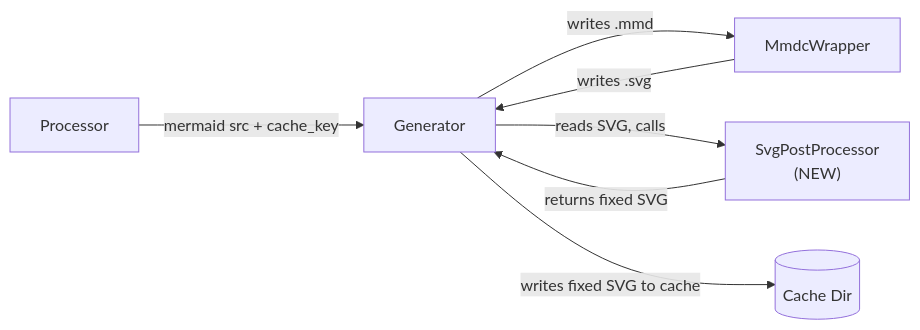
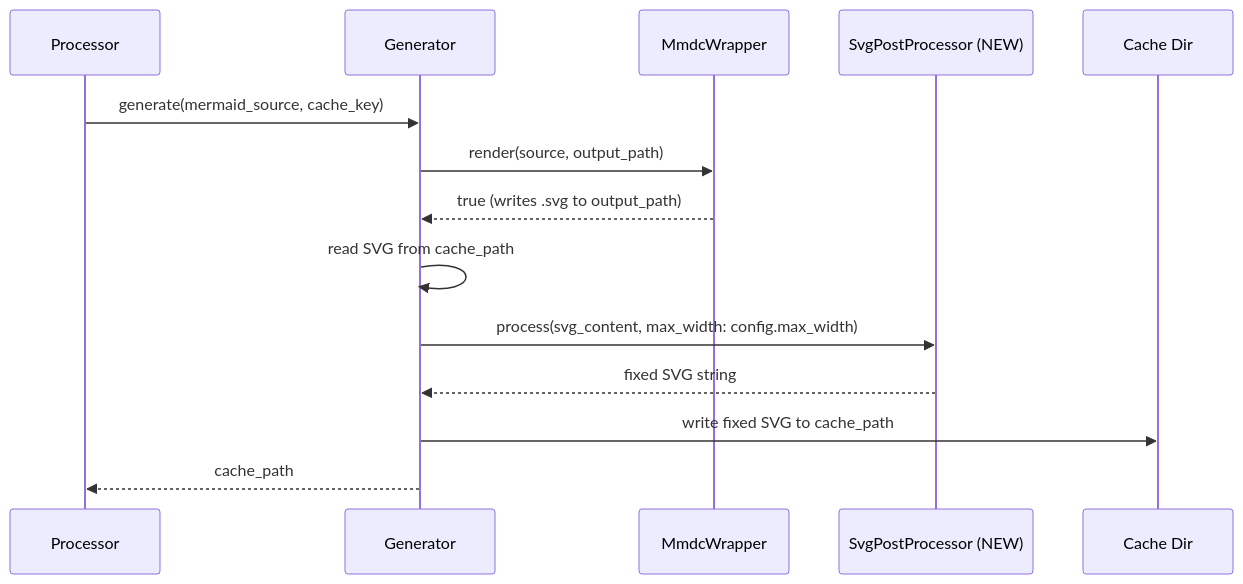
The first of 2 diagrams in memory-bank/active/tasks.md (Texarkanine/jekyll-mermaid-prebuild), drawn with Mermaid before and after one commit. The commit also changed other lines of this file and 8 other files, not shown here.

````diff
--- a/memory-bank/active/tasks.md
+++ b/memory-bank/active/tasks.md
@@ -15,9 +15,17 @@
 ```mermaid
-flowchart LR
-    P[Processor] -->|mermaid src + cache_key| G[Generator]
-    G -->|writes .mmd| MW[MmdcWrapper]
-    MW -->|writes .svg| G
-    G -->|reads SVG, calls| SPP["SvgPostProcessor<br/>(NEW)"]
-    SPP -->|returns fixed SVG| G
-    G -->|writes fixed SVG to cache| Cache[(Cache Dir)]
+sequenceDiagram
+    participant P as Processor
+    participant G as Generator
+    participant MW as MmdcWrapper
+    participant SPP as SvgPostProcessor (NEW)
+    participant Cache as Cache Dir
+
+    P->>G: generate(mermaid_source, cache_key)
+    G->>MW: render(source, output_path)
+    MW-->>G: true (writes .svg to output_path)
+    G->>G: read SVG from cache_path
+    G->>SPP: process(svg_content, max_width: config.max_width)
+    SPP-->>G: fixed SVG string
+    G->>Cache: write fixed SVG to cache_path
+    G-->>P: cache_path
 ```
````
